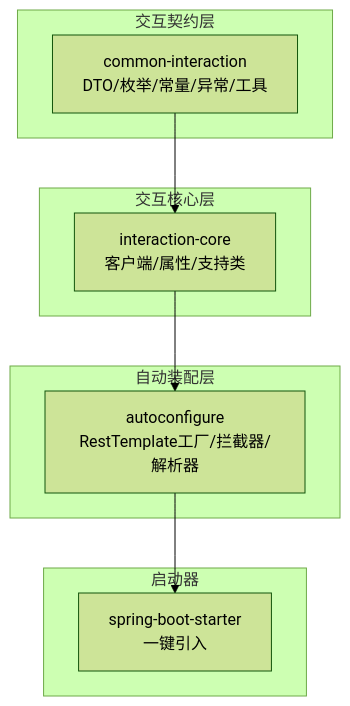
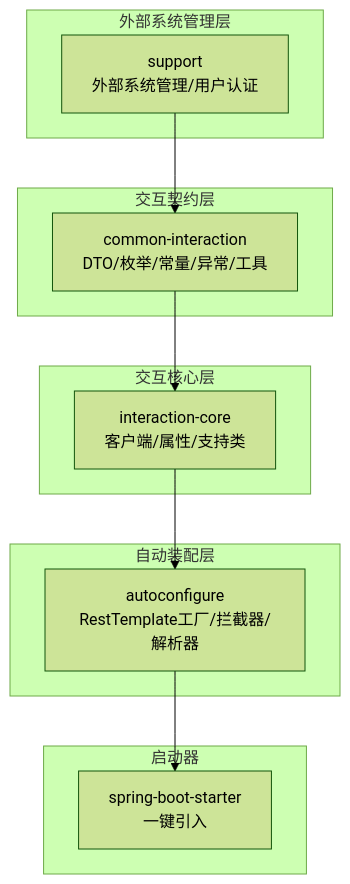
The first of 16 diagrams in .qoder/repowiki/zh/content/后端服务/交互服务 (ele-ai-tender-interaction)/外部系统集成.md (DrunkFood/First), drawn with Mermaid (forest theme) before and after one commit. The commit also changed other lines of this file and 93 other files, not shown here.

````diff
--- a/.qoder/repowiki/zh/content/后端服务/交互服务 (ele-ai-tender-interaction)/外部系统集成.md
+++ b/.qoder/repowiki/zh/content/后端服务/交互服务 (ele-ai-tender-interaction)/外部系统集成.md
@@ -46,18 +52,22 @@
 ```mermaid
 graph TB
+subgraph "外部系统管理层"
+SM["support<br/>外部系统管理/用户认证"]
+end
 subgraph "交互契约层"
 CI["common-interaction<br/>DTO/枚举/常量/异常/工具"]
 end
 subgraph "交互核心层"
 IC["interaction-core<br/>客户端/属性/支持类"]
 end
 subgraph "自动装配层"
 AC["autoconfigure<br/>RestTemplate工厂/拦截器/解析器"]
 end
 subgraph "启动器"
 ST["spring-boot-starter<br/>一键引入"]
 end
+SM --> CI
 CI --> IC
 IC --> AC
 AC --> ST
 ```
````
